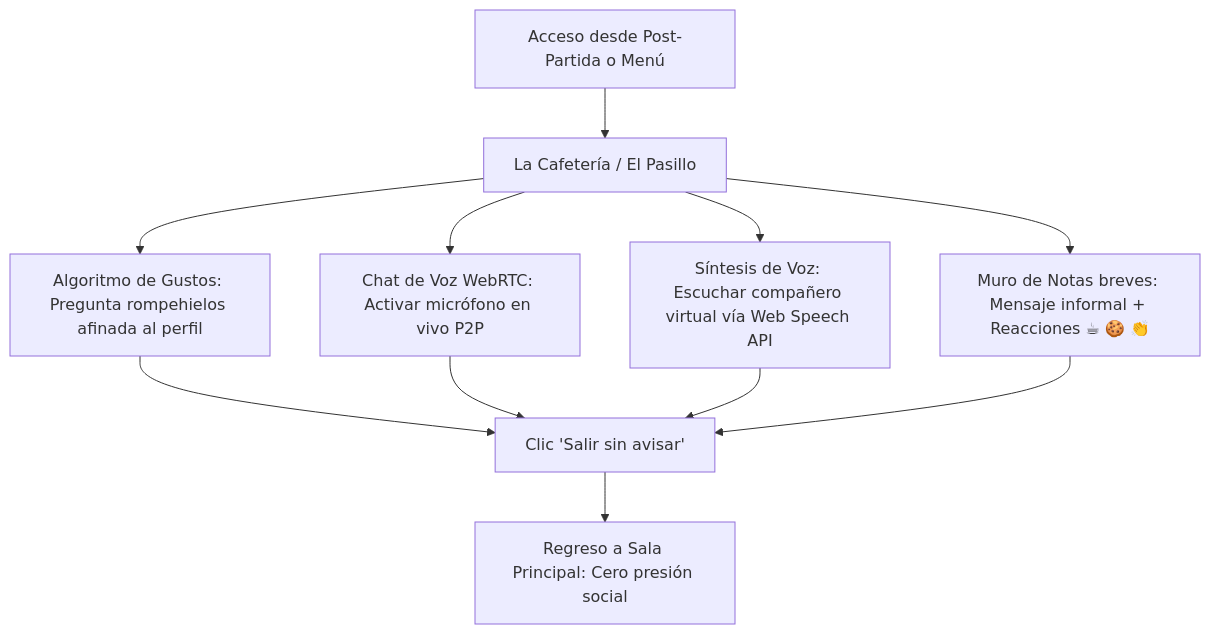
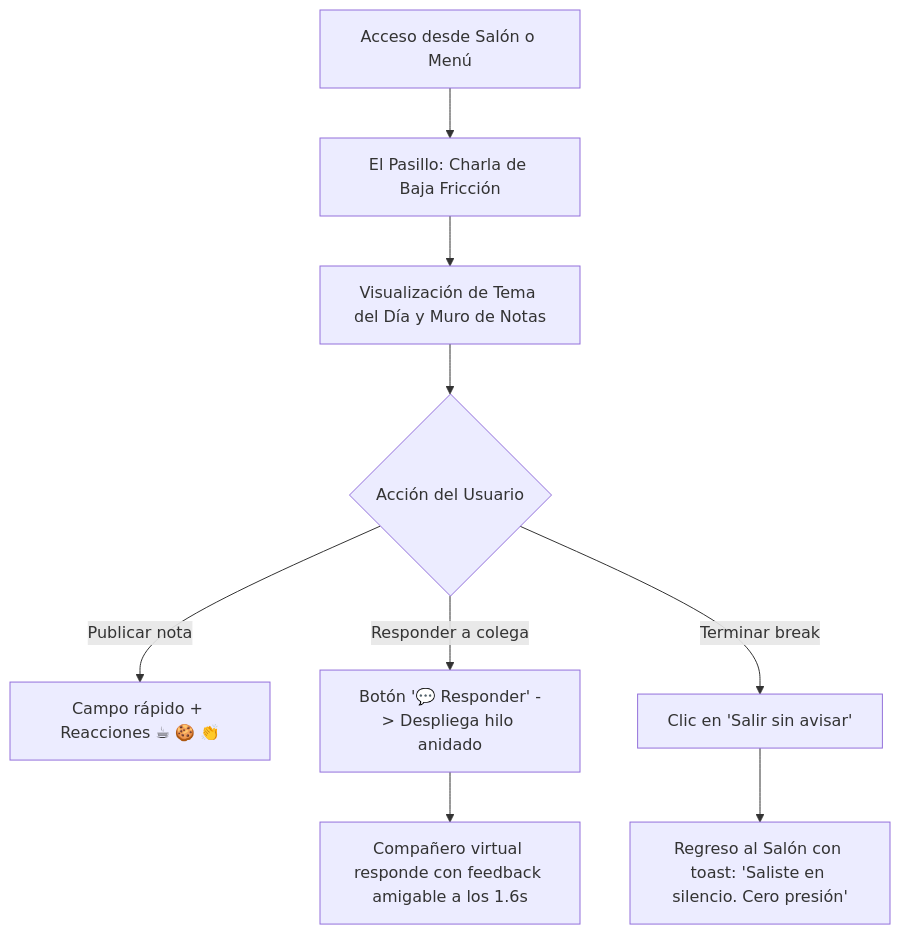
One commit to HinaraSM12/PlayBreak changed the fourth of 4 diagrams in Entregable_6_Grupo_7_Evaluacion_y_Cambios.md. Above: the diagram before and after it, drawn with Mermaid. The commit also changed other lines of this file and 7 other files, not shown here.

Commit message:
feat: roles en dibujo, alternancia en palabras, salon virtual y actualizacion de seccion 2 del entregable 6

````diff
--- a/Entregable_6_Grupo_7_Evaluacion_y_Cambios.md
+++ b/Entregable_6_Grupo_7_Evaluacion_y_Cambios.md
@@ -161,10 +191,11 @@
 ```mermaid
 graph TD
-    A[Acceso desde Post-Partida o Menú] --> B[La Cafetería / El Pasillo]
-    B --> C[Algoritmo de Gustos: Pregunta rompehielos afinada al perfil]
-    B --> D[Chat de Voz WebRTC: Activar micrófono en vivo P2P]
-    B --> E[Síntesis de Voz: Escuchar compañero virtual vía Web Speech API]
-    B --> F[Muro de Notas breves: Mensaje informal + Reacciones ☕ 🍪 👏]
-    C & D & E & F --> G[Clic 'Salir sin avisar']
-    G --> H[Regreso a Sala Principal: Cero presión social]
+    A[Acceso desde Salón o Menú] --> B[El Pasillo: Charla de Baja Fricción]
+    B --> C[Visualización de Tema del Día y Muro de Notas]
+    C --> D{Acción del Usuario}
+    D -->|Publicar nota| E[Campo rápido + Reacciones ☕ 🍪 👏]
+    D -->|Responder a colega| F[Botón '💬 Responder' -> Despliega hilo anidado]
+    F --> G[Compañero virtual responde con feedback amigable a los 1.6s]
+    D -->|Terminar break| H[Clic en 'Salir sin avisar']
+    H --> I[Regreso al Salón con toast: 'Saliste en silencio. Cero presión']
 ```
````
